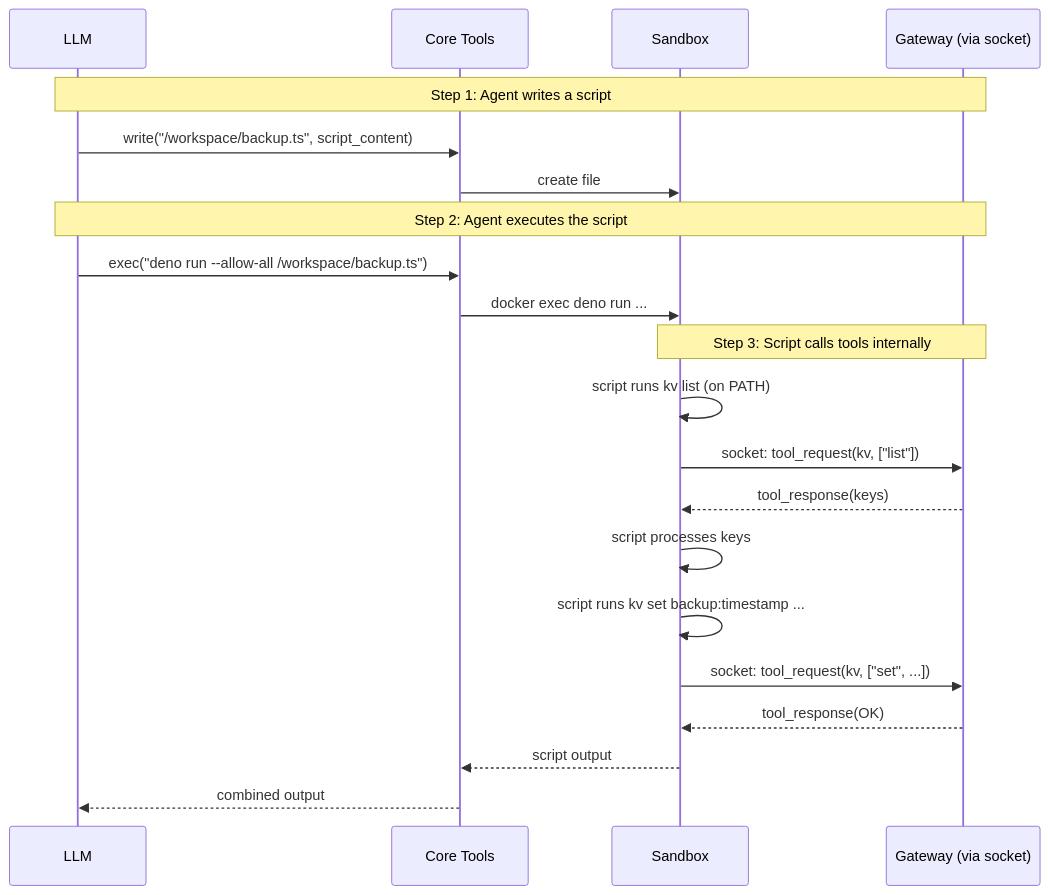
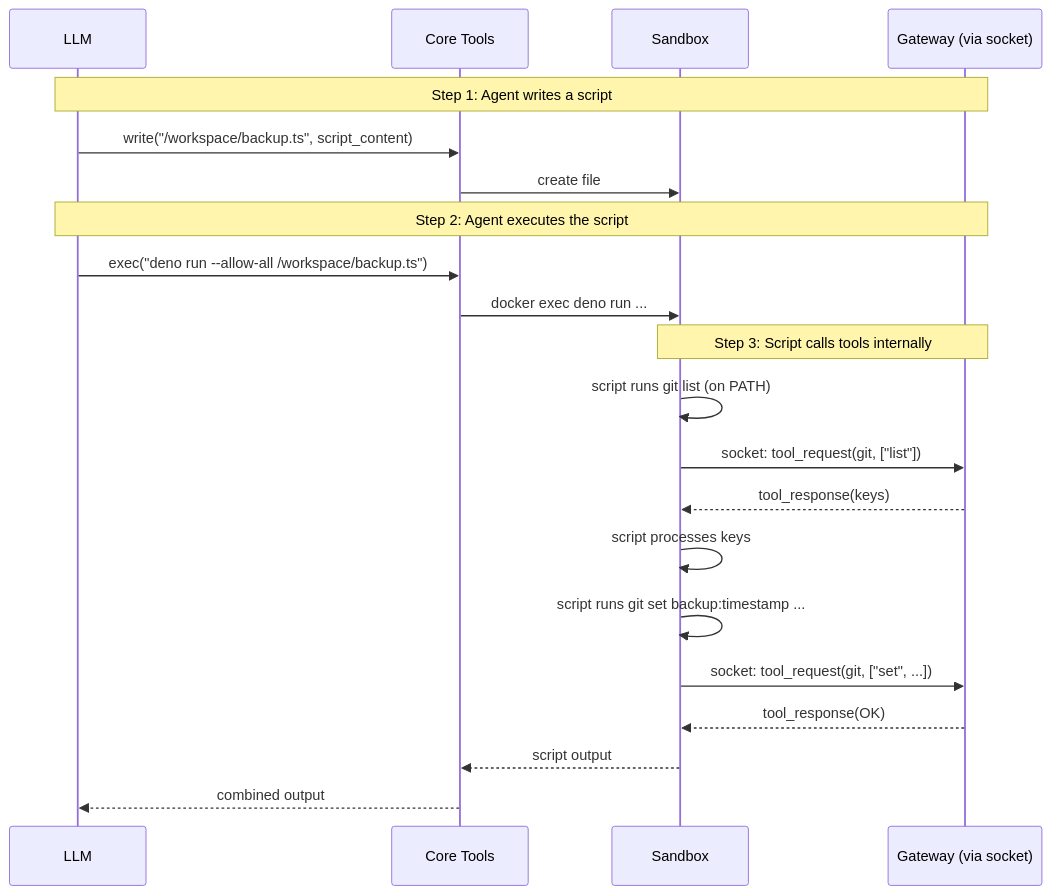
The sixth of 11 diagrams in docs/gateway/request-flows.mdx (matthias-hausberger/beige), drawn with Mermaid before and after one commit. The commit also changed other lines of this file and 26 other files, not shown here.

First line of the commit message:
refactor: replace KV tool with Git tool across documentation and configuration

````diff
--- a/docs/gateway/request-flows.mdx
+++ b/docs/gateway/request-flows.mdx
@@ -173,29 +173,29 @@
 ```mermaid
 sequenceDiagram
     participant LLM as LLM
     participant CT as Core Tools
     participant SB as Sandbox
     participant GW as Gateway (via socket)
 
     Note over LLM,GW: Step 1: Agent writes a script
 
     LLM->>CT: write("/workspace/backup.ts", script_content)
     CT->>SB: create file
 
     Note over LLM,GW: Step 2: Agent executes the script
 
     LLM->>CT: exec("deno run --allow-all /workspace/backup.ts")
     CT->>SB: docker exec deno run ...
 
     Note over SB,GW: Step 3: Script calls tools internally
 
-    SB->>SB: script runs kv list (on PATH)
-    SB->>GW: socket: tool_request(kv, ["list"])
+    SB->>SB: script runs git list (on PATH)
+    SB->>GW: socket: tool_request(git, ["list"])
     GW-->>SB: tool_response(keys)
     SB->>SB: script processes keys
-    SB->>SB: script runs kv set backup:timestamp ...
-    SB->>GW: socket: tool_request(kv, ["set", ...])
+    SB->>SB: script runs git set backup:timestamp ...
+    SB->>GW: socket: tool_request(git, ["set", ...])
     GW-->>SB: tool_response(OK)
     SB-->>CT: script output
     CT-->>LLM: combined output
 ```
````
